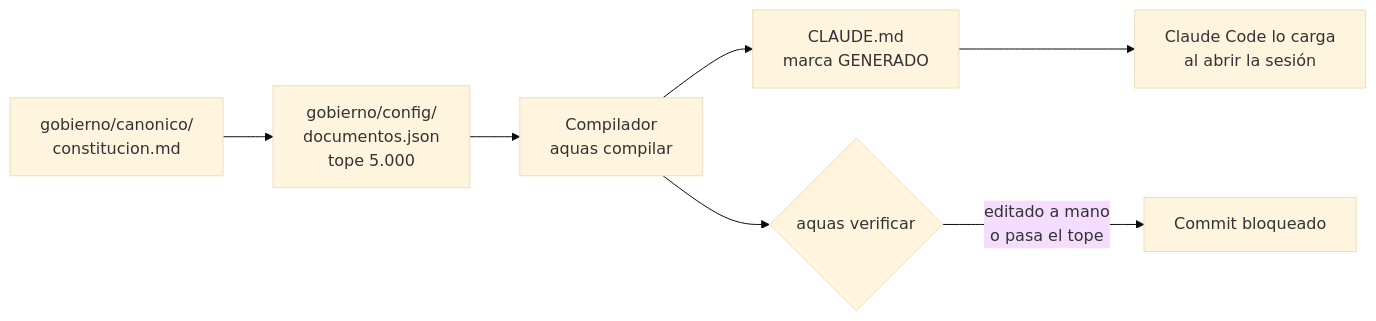
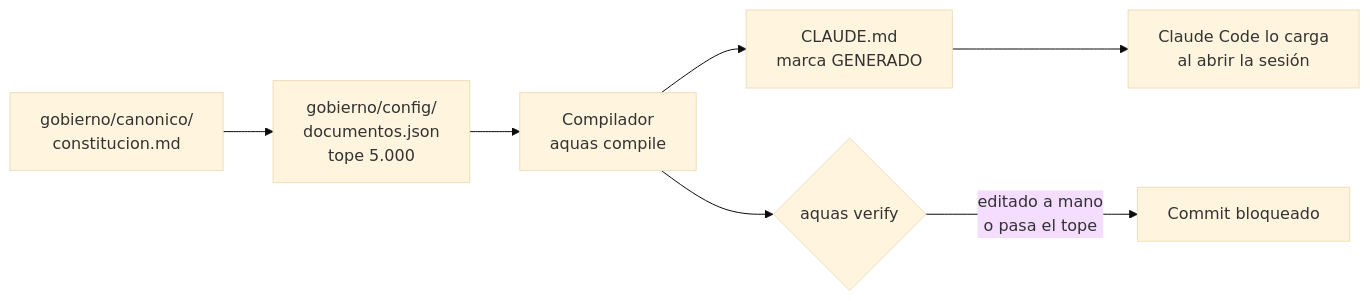
One commit to jliberal-aquas/aquas-central-harness-government changed the diagram in docs/ref/constitucion.md. Above: the diagram before and after it, drawn with Mermaid (base theme). The commit also changed other lines of this file and 184 other files, not shown here.

````diff
--- a/docs/ref/constitucion.md
+++ b/docs/ref/constitucion.md
@@ -40,9 +40,9 @@
 ```mermaid
 flowchart LR
     C["gobierno/canonico/<br/>constitucion.md"] --> D["gobierno/config/<br/>documentos.json<br/>tope 5.000"]
-    D --> K["Compilador<br/>aquas compilar"]
+    D --> K["Compilador<br/>aquas compile"]
     K --> M["CLAUDE.md<br/>marca GENERADO"]
     M --> S["Claude Code lo carga<br/>al abrir la sesión"]
-    K --> G{"aquas verificar"}
+    K --> G{"aquas verify"}
     G -- "editado a mano<br/>o pasa el tope" --> X["Commit bloqueado"]
 ```
````
